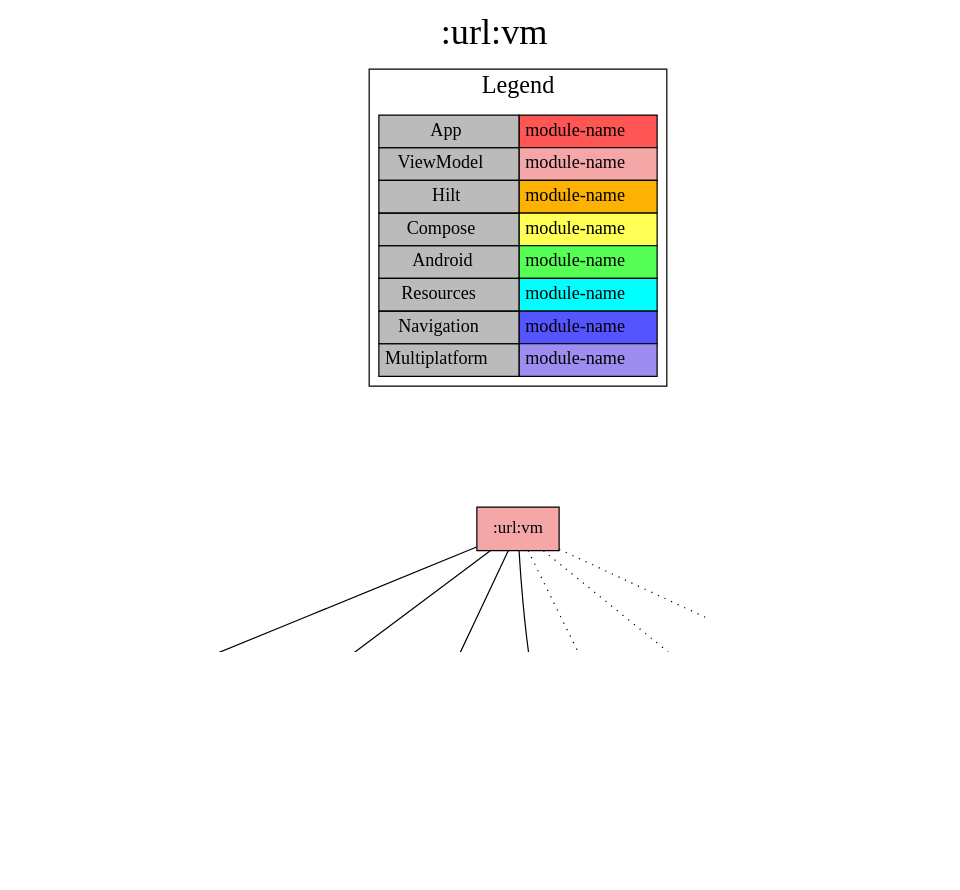
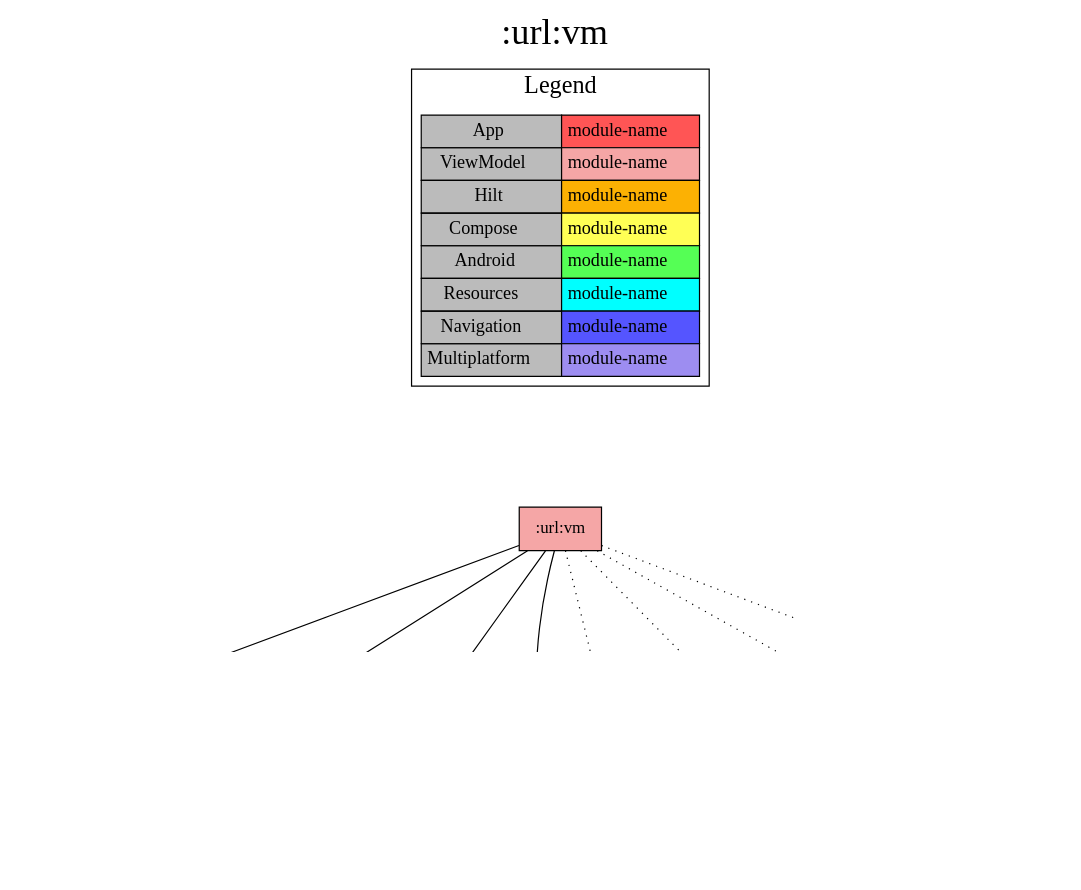
One commit to jonapoul/aktual changed the diagram in modules/url/vm/project-dependency-graph.dot. Above: the diagram before and after it, drawn with Graphviz. The commit also changed 21 other files, not shown here.

```diff
--- a/modules/url/vm/project-dependency-graph.dot
+++ b/modules/url/vm/project-dependency-graph.dot
@@ -1,46 +1,49 @@
 digraph {
 edge ["dir"="forward"]
 graph ["dpi"="100","label"=":url:vm","labelloc"="t","fontsize"="30","ranksep"="1.5","rankdir"="TB"]
 node ["style"="filled"]
 ":url:vm" ["fillcolor"="#F5A6A6","shape"="box"]
 ":core:colorscheme" ["fillcolor"="#9D8DF1","shape"="box"]
 ":core:coroutines" ["fillcolor"="#9D8DF1","shape"="box"]
 ":core:log" ["fillcolor"="#9D8DF1","shape"="box"]
 ":url:model" ["fillcolor"="#9D8DF1","shape"="box"]
 ":api:actual" ["fillcolor"="#9D8DF1","shape"="box"]
 ":login:model" ["fillcolor"="#9D8DF1","shape"="box"]
 ":core:versions" ["fillcolor"="#9D8DF1","shape"="box"]
 ":core:buildconfig" ["fillcolor"="#9D8DF1","shape"="box"]
+":login:prefs" ["fillcolor"="#9D8DF1","shape"="box"]
 ":url:prefs" ["fillcolor"="#9D8DF1","shape"="box"]
 {
 edge ["dir"="none"]
 graph ["rank"="same"]
 }
 ":url:vm" -> ":core:colorscheme"
 ":url:vm" -> ":core:coroutines"
 ":url:vm" -> ":core:log"
 ":url:vm" -> ":url:model"
 ":url:vm" -> ":api:actual" ["style"="dotted"]
 ":url:vm" -> ":core:versions" ["style"="dotted"]
+":url:vm" -> ":login:prefs" ["style"="dotted"]
 ":url:vm" -> ":url:prefs" ["style"="dotted"]
 ":api:actual" -> ":login:model"
 ":api:actual" -> ":url:model"
 ":core:versions" -> ":core:buildconfig"
+":login:prefs" -> ":login:model"
 ":url:prefs" -> ":url:model"
 subgraph "cluster_legend" {
 edge ["dir"="none"]
 graph ["label"="Legend","fontsize"="20"]
 "Legend" ["style"="filled","fillcolor"="#bbbbbb","shape"="none","margin"="0","fontsize"="15","label"=<
 <TABLE BORDER="0" CELLBORDER="1" CELLSPACING="0" CELLPADDING="4">
 <TR><TD>App</TD><TD BGCOLOR="#FF5555">module-name</TD></TR>
 <TR><TD>ViewModel</TD><TD BGCOLOR="#F5A6A6">module-name</TD></TR>
 <TR><TD>Hilt</TD><TD BGCOLOR="#FCB103">module-name</TD></TR>
 <TR><TD>Compose</TD><TD BGCOLOR="#FFFF55">module-name</TD></TR>
 <TR><TD>Android</TD><TD BGCOLOR="#55FF55">module-name</TD></TR>
 <TR><TD>Resources</TD><TD BGCOLOR="#00FFFF">module-name</TD></TR>
 <TR><TD>Navigation</TD><TD BGCOLOR="#5555FF">module-name</TD></TR>
 <TR><TD>Multiplatform</TD><TD BGCOLOR="#9D8DF1">module-name</TD></TR>
 </TABLE>
 >]
 } -> ":url:vm" ["style"="invis"]
 }
```
